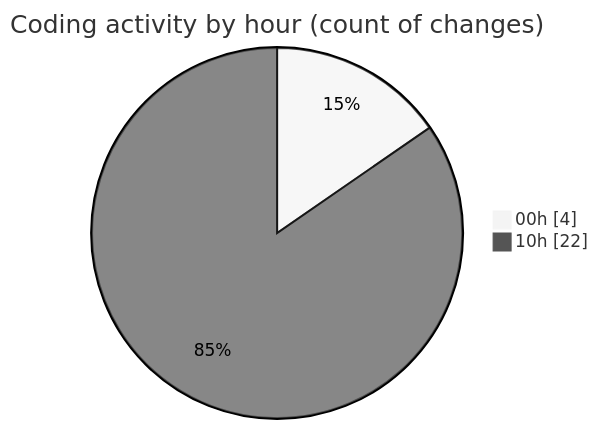
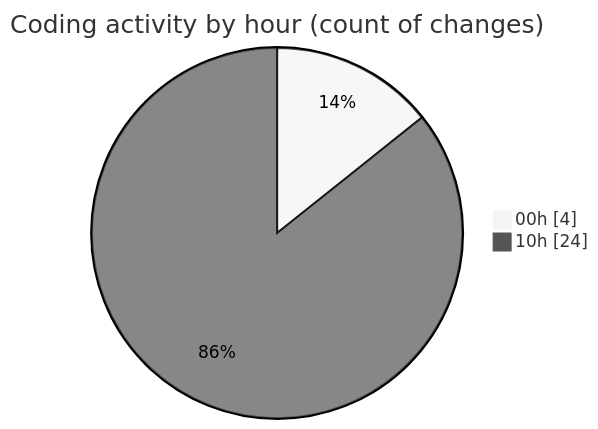
The second of 2 diagrams in 2025-04-04/back-end/README.md (Netris89/code-tracking), drawn with Mermaid (neutral theme) before and after one commit. The commit also changed other lines of this file and 1 other file, not shown here.

````diff
--- a/2025-04-04/back-end/README.md
+++ b/2025-04-04/back-end/README.md
@@ -28,6 +30,6 @@
 ```mermaid
 pie showData
 title Coding activity by hour (count of changes)
 "00h" : 4
-"10h" : 22
+"10h" : 24
 ```
````
